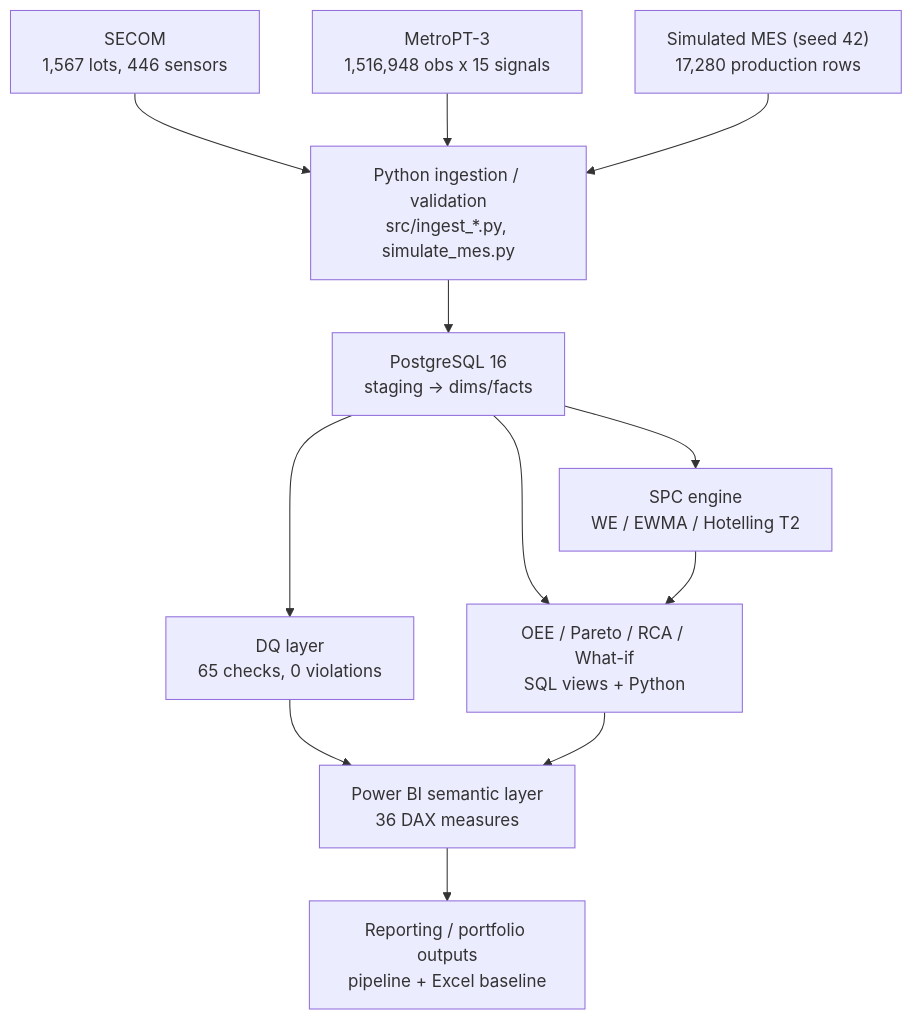
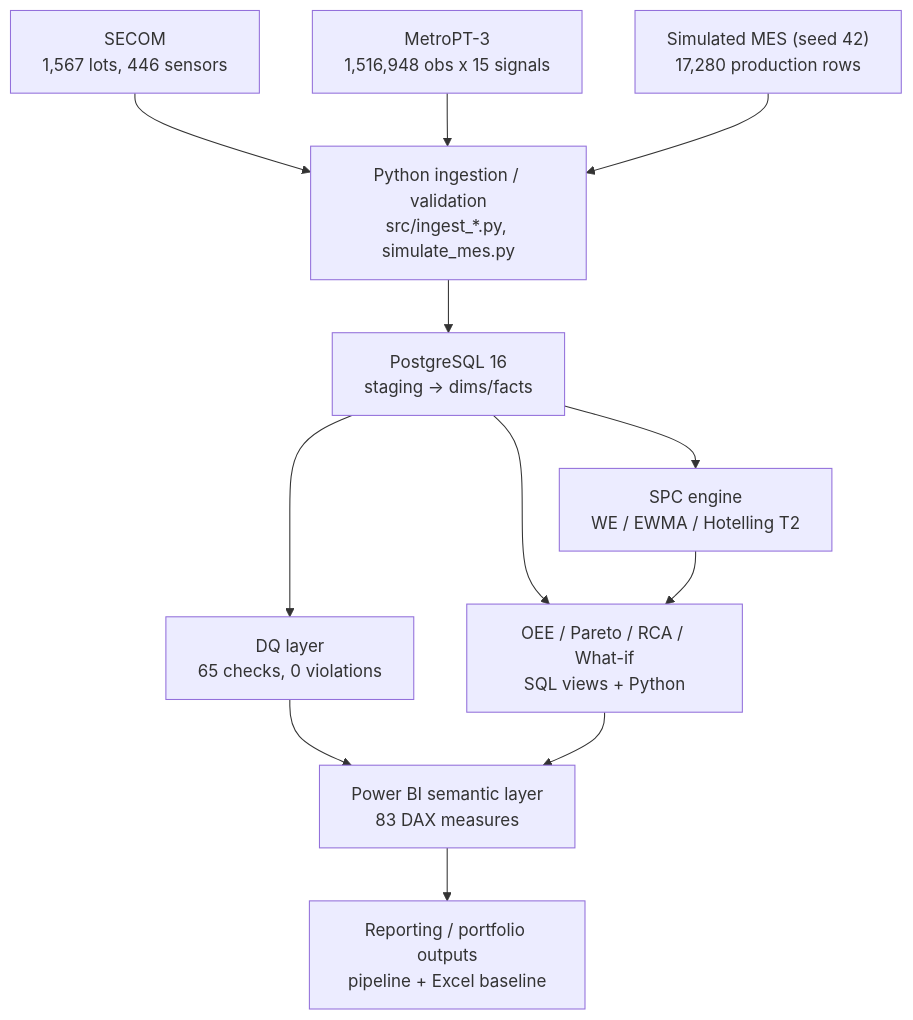
One commit to luqshzeeq3601-art/production-yield-loss-oee changed the first of 2 diagrams in docs/architecture.md. Above: the diagram before and after it, drawn with Mermaid. The commit also changed 32 other files, not shown here.

````diff
--- a/docs/architecture.md
+++ b/docs/architecture.md
@@ -7,18 +7,18 @@
 ```mermaid
 flowchart TB
     SECOM["SECOM<br/>1,567 lots, 446 sensors"]
     METRO["MetroPT-3<br/>1,516,948 obs x 15 signals"]
     MES["Simulated MES (seed 42)<br/>17,280 production rows"]
     SECOM --> ING
     METRO --> ING
     MES --> ING
     ING["Python ingestion / validation<br/>src/ingest_*.py, simulate_mes.py"]
     ING --> PG["PostgreSQL 16<br/>staging -> dims/facts"]
     PG --> DQ["DQ layer<br/>65 checks, 0 violations"]
     PG --> SPC["SPC engine<br/>WE / EWMA / Hotelling T2"]
     PG --> OEE["OEE / Pareto / RCA / What-if<br/>SQL views + Python"]
     SPC --> OEE
     DQ --> PBI
-    OEE --> PBI["Power BI semantic layer<br/>36 DAX measures"]
+    OEE --> PBI["Power BI semantic layer<br/>83 DAX measures"]
     PBI --> REP["Reporting / portfolio outputs<br/>pipeline + Excel baseline"]
 ```
````
